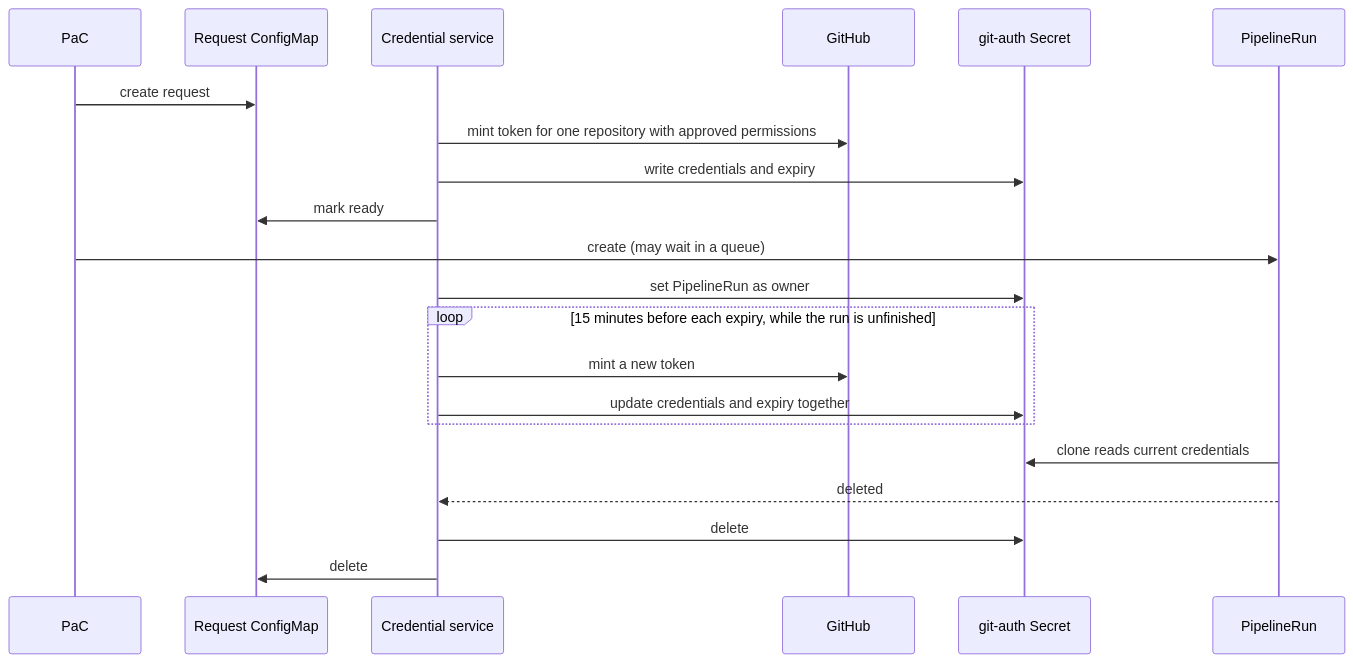
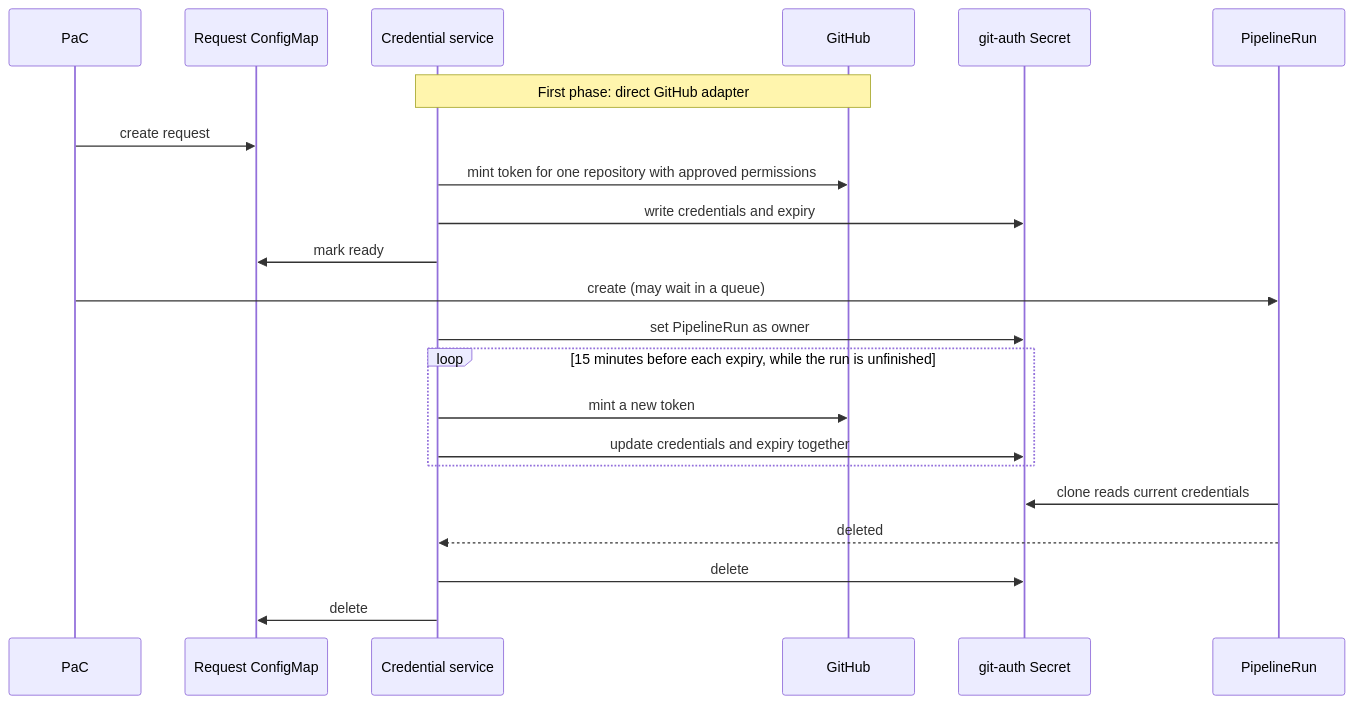
One commit to chmouel/osp-architecture changed the diagram in ADR/0003-github-credential-service.md. Above: the diagram before and after it, drawn with Mermaid. The commit also changed other lines of this file, not shown here.

First line of the commit message:
docs: clarify token source adapters and add diagram note

````diff
--- a/ADR/0003-github-credential-service.md
+++ b/ADR/0003-github-credential-service.md
@@ -55,23 +55,24 @@
 ```mermaid
 sequenceDiagram
     participant PaC
     participant Req as Request ConfigMap
     participant Svc as Credential service
     participant GH as GitHub
     participant Sec as git-auth Secret
     participant PR as PipelineRun
+    Note over Svc,GH: First phase: direct GitHub adapter
     PaC->>Req: create request
     Svc->>GH: mint token for one repository with approved permissions
     Svc->>Sec: write credentials and expiry
     Svc->>Req: mark ready
     PaC->>PR: create (may wait in a queue)
     Svc->>Sec: set PipelineRun as owner
     loop 15 minutes before each expiry, while the run is unfinished
         Svc->>GH: mint a new token
         Svc->>Sec: update credentials and expiry together
     end
     PR->>Sec: clone reads current credentials
     PR-->>Svc: deleted
     Svc->>Sec: delete
     Svc->>Req: delete
 ```
````
